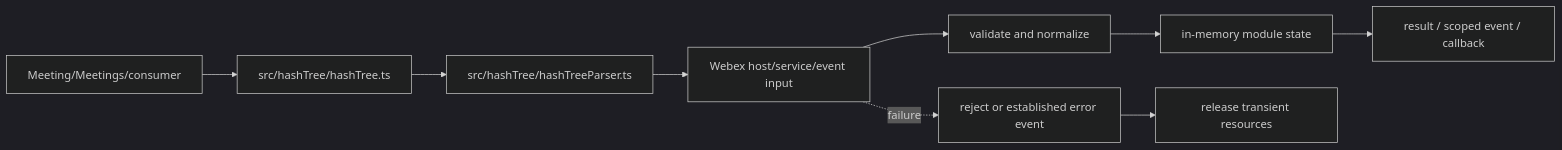
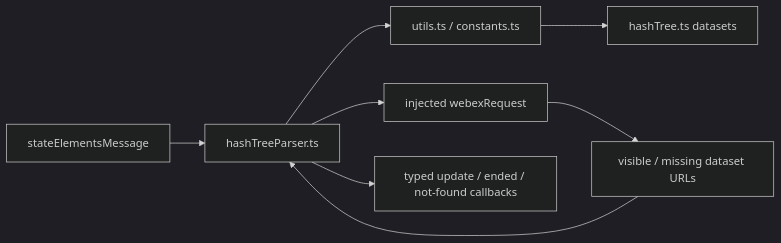
The first of 5 diagrams in packages/@webex/plugin-meetings/src/hashTree/ai-docs/hash-tree-spec.md (webex/webex-js-sdk), drawn with Mermaid (dark theme) before and after one commit. The commit also changed other lines of this file and 26 other files, not shown here.

````diff
--- a/packages/@webex/plugin-meetings/src/hashTree/ai-docs/hash-tree-spec.md
+++ b/packages/@webex/plugin-meetings/src/hashTree/ai-docs/hash-tree-spec.md
@@ -97,11 +102,10 @@
 ```mermaid
 flowchart LR
-  Caller[Meeting/Meetings/consumer] --> Entry[src/hashTree/hashTree.ts]
-  Entry --> Support[src/hashTree/hashTreeParser.ts]
-  Support --> Remote[Webex host/service/event input]
-  Remote --> Normalize[validate and normalize]
-  Normalize --> State[in-memory module state]
-  State --> Output[result / scoped event / callback]
-  Remote -. failure .-> Error[reject or established error event]
-  Error --> Cleanup[release transient resources]
+  Mercury[stateElementsMessage] --> Parser[hashTreeParser.ts]
+  Parser --> Compare[utils.ts / constants.ts]
+  Compare --> Tree[hashTree.ts datasets]
+  Parser --> Request[injected webexRequest]
+  Request --> Dataset[visible / missing dataset URLs]
+  Dataset --> Parser
+  Parser --> Callback[typed update / ended / not-found callbacks]
 ```
````
